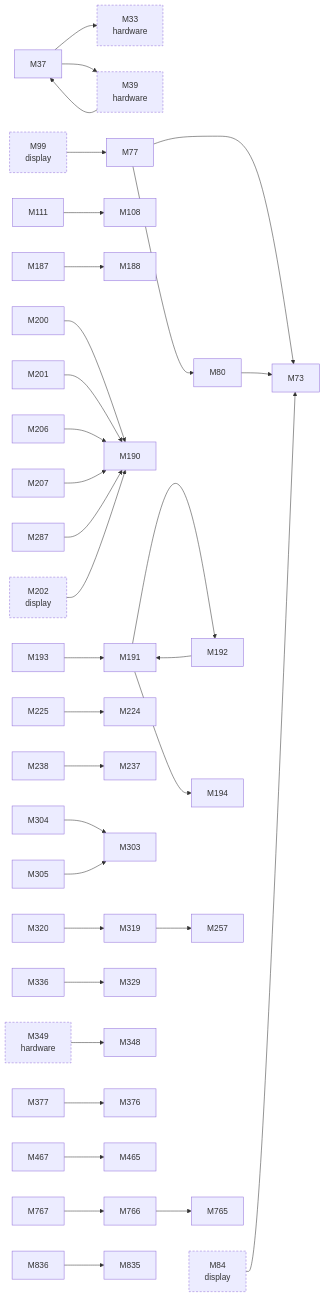
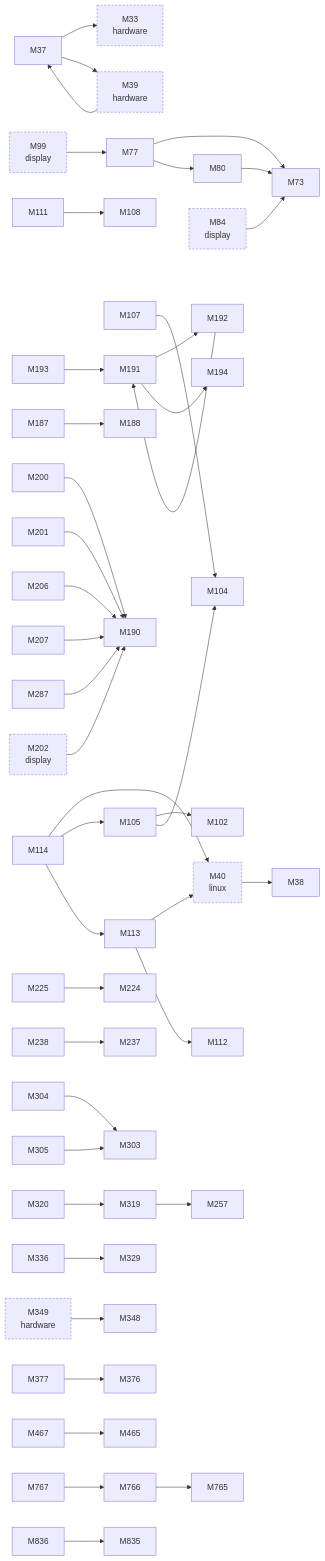
One commit to D-Ogi/amdgpu-wddm changed the third of 3 diagrams in docs/facts/graphs/kmd.md. Above: the diagram before and after it, drawn with Mermaid. The commit also changed other lines of this file and 119 other files, not shown here.

````diff
--- a/docs/facts/graphs/kmd.md
+++ b/docs/facts/graphs/kmd.md
@@ -211,14 +232,23 @@
 flowchart LR
   M33["M33<br/>hardware"]
   M37["M37"]
+  M38["M38"]
   M39["M39<br/>hardware"]
+  M40["M40<br/>linux"]
   M73["M73"]
   M77["M77"]
   M80["M80"]
   M84["M84<br/>display"]
   M99["M99<br/>display"]
+  M102["M102"]
+  M104["M104"]
+  M105["M105"]
+  M107["M107"]
   M108["M108"]
   M111["M111"]
+  M112["M112"]
+  M113["M113"]
+  M114["M114"]
   M187["M187"]
   M188["M188"]
   M190["M190"]
@@ -262,7 +292,15 @@
   M77 --> M73
   M77 --> M80
   M80 --> M73
+  M105 --> M102
+  M105 --> M104
+  M107 --> M104
   M111 --> M108
+  M113 --> M40
+  M113 --> M112
+  M114 --> M40
+  M114 --> M105
+  M114 --> M113
   M187 --> M188
   M191 --> M192
   M191 --> M194
@@ -288,6 +326,7 @@
   M84 --> M73
   M99 --> M77
   M202 --> M190
+  M40 --> M38
   classDef other stroke-dasharray:4 3
-  class M33,M39,M84,M99,M202,M349 other
+  class M33,M39,M40,M84,M99,M202,M349 other
 ```
````
